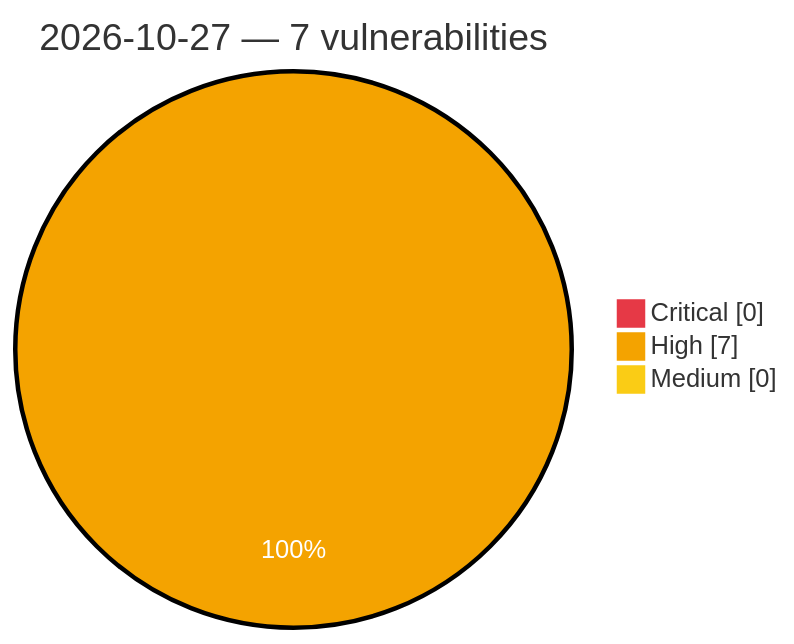
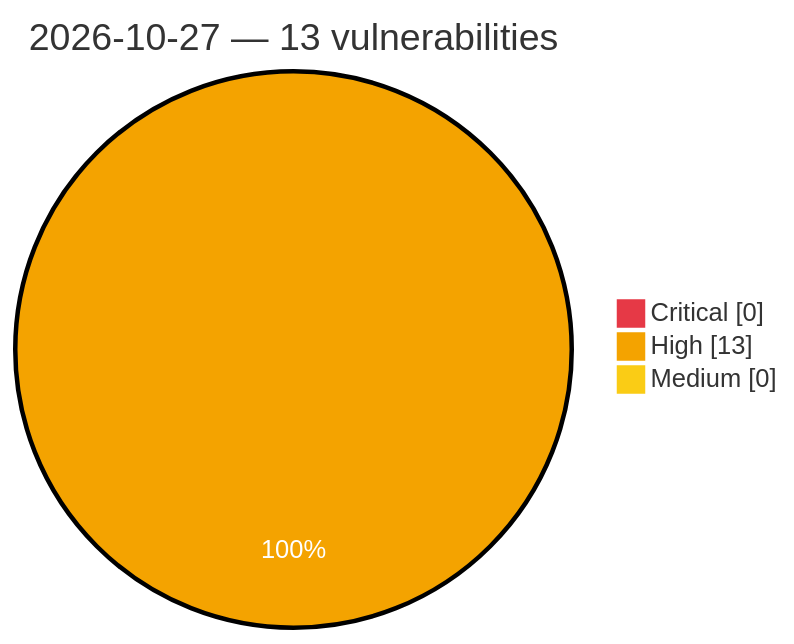
The diagram in vulnerabilities/2026/October/2026-10-27.md (GhostX0X/vuln-tracker), drawn with Mermaid before and after one commit. The commit also changed other lines of this file and 5 other files, not shown here.

````diff
--- a/vulnerabilities/2026/October/2026-10-27.md
+++ b/vulnerabilities/2026/October/2026-10-27.md
@@ -3,8 +3,8 @@
 ```mermaid
 %%{init: {'theme':'base', 'themeVariables': {'pie1':'#e63946', 'pie2':'#f4a300', 'pie3':'#facc15', 'pieOpacity':'1', 'pieOuterStrokeWidth':'2px', 'pieSectionTextColor':'#ffffff'}}}%%
 pie showData
-    title 2026-10-27 — 7 vulnerabilities
+    title 2026-10-27 — 13 vulnerabilities
     "Critical" : 0
-    "High" : 7
+    "High" : 13
     "Medium" : 0
 ```
````
